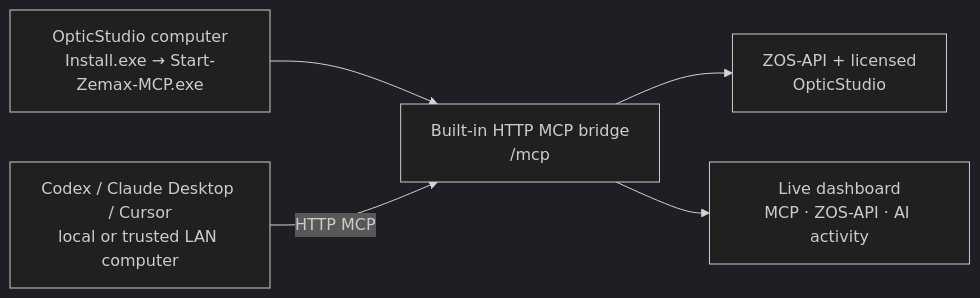
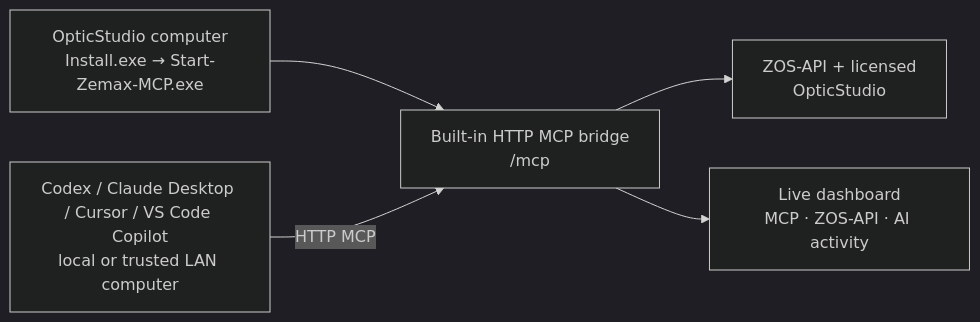
One commit to joeyijun/OpticStudioMCPServer changed the diagram in README.md. Above: the diagram before and after it, drawn with Mermaid (dark theme). The commit also changed other lines of this file and 69 other files, not shown here.

````diff
--- a/README.md
+++ b/README.md
@@ -18,7 +18,7 @@
 ```mermaid
 flowchart LR
   A["OpticStudio computer\nInstall.exe → Start-Zemax-MCP.exe"] --> B["Built-in HTTP MCP bridge\n/mcp"]
   B --> C["ZOS-API + licensed\nOpticStudio"]
-  D["Codex / Claude Desktop / Cursor\nlocal or trusted LAN computer"] -->|"HTTP MCP"| B
+  D["Codex / Claude Desktop / Cursor / VS Code Copilot\nlocal or trusted LAN computer"] -->|"HTTP MCP"| B
   B --> E["Live dashboard\nMCP · ZOS-API · AI activity"]
 ```
````
